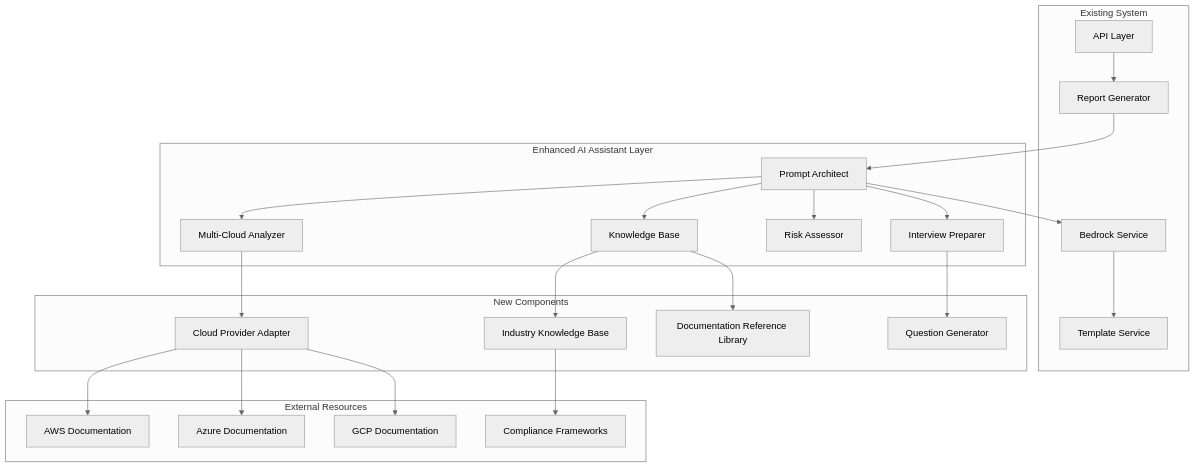
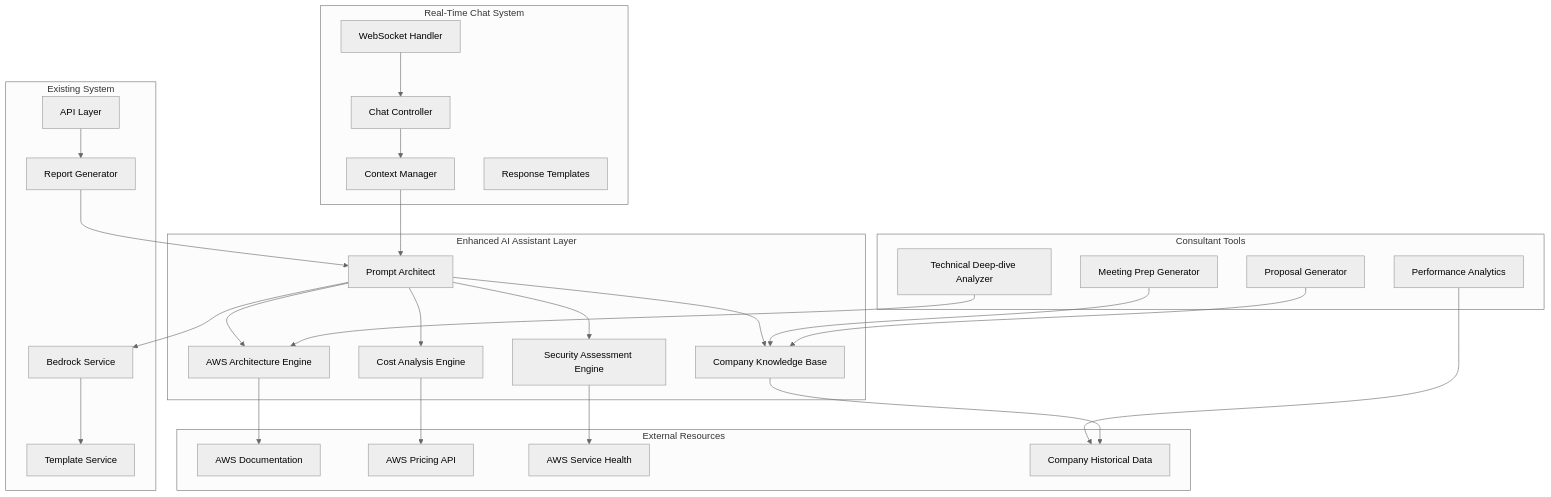
The diagram in .kiro/specs/enhanced-bedrock-ai-assistant/design.md (Tetianamost/cloud-consulting-business), drawn with Mermaid (neutral theme) before and after one commit. The commit also changed other lines of this file and 163 other files, not shown here.

````diff
--- a/.kiro/specs/enhanced-bedrock-ai-assistant/design.md
+++ b/.kiro/specs/enhanced-bedrock-ai-assistant/design.md
@@ -21,48 +22,61 @@
 ```mermaid
 graph TB
+    subgraph "Real-Time Chat System"
+        WS[WebSocket Handler]
+        CM[Context Manager]
+        RT[Response Templates]
+        CC[Chat Controller]
+    end
+    
     subgraph "Enhanced AI Assistant Layer"
         PA[Prompt Architect]
-        KB[Knowledge Base]
-        MA[Multi-Cloud Analyzer]
-        RA[Risk Assessor]
-        IP[Interview Preparer]
+        CKB[Company Knowledge Base]
+        AAE[AWS Architecture Engine]
+        CAE[Cost Analysis Engine]
+        SAE[Security Assessment Engine]
     end
     
     subgraph "Existing System"
         API[API Layer]
         RG[Report Generator]
         BS[Bedrock Service]
         TS[Template Service]
     end
     
-    subgraph "New Components"
-        CPA[Cloud Provider Adapter]
-        IKB[Industry Knowledge Base]
-        DRL[Documentation Reference Library]
-        QG[Question Generator]
+    subgraph "Consultant Tools"
+        MPG[Meeting Prep Generator]
+        PG[Proposal Generator]
+        TDA[Technical Deep-dive Analyzer]
+        PA_TOOL[Performance Analytics]
     end
     
     subgraph "External Resources"
-        AWS[AWS Documentation]
-        AZURE[Azure Documentation]
-        GCP[GCP Documentation]
-        COMP[Compliance Frameworks]
+        AWS_DOCS[AWS Documentation]
+        AWS_PRICING[AWS Pricing API]
+        AWS_STATUS[AWS Service Health]
+        COMPANY_DATA[Company Historical Data]
     end
+    
+    WS --> CC
+    CC --> CM
+    CM --> PA
+    PA --> CKB
+    PA --> AAE
+    PA --> CAE
+    PA --> SAE
+    PA --> BS
+    BS --> TS
     
     API --> RG
     RG --> PA
-    PA --> KB
-    PA --> MA
-    PA --> RA
-    PA --> IP
-    MA --> CPA
-    KB --> IKB
-    KB --> DRL
-    IP --> QG
-    CPA --> AWS
-    CPA --> AZURE
-    CPA --> GCP
-    IKB --> COMP
-    PA --> BS
-    BS --> TS
+    
+    MPG --> CKB
+    PG --> CKB
+    TDA --> AAE
+    PA_TOOL --> COMPANY_DATA
+    
+    CKB --> COMPANY_DATA
+    AAE --> AWS_DOCS
+    CAE --> AWS_PRICING
+    SAE --> AWS_STATUS
 ```
````
